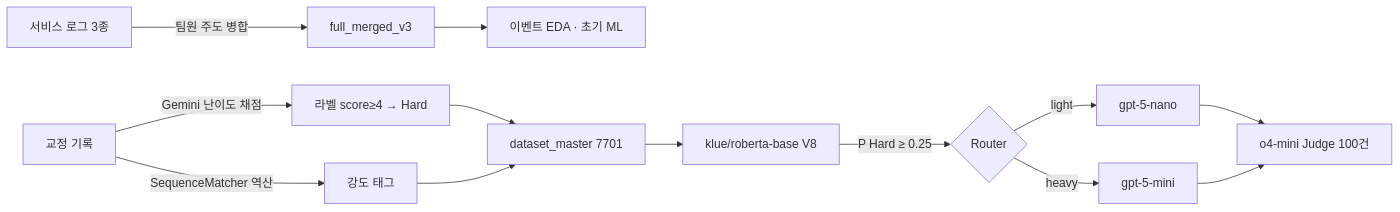
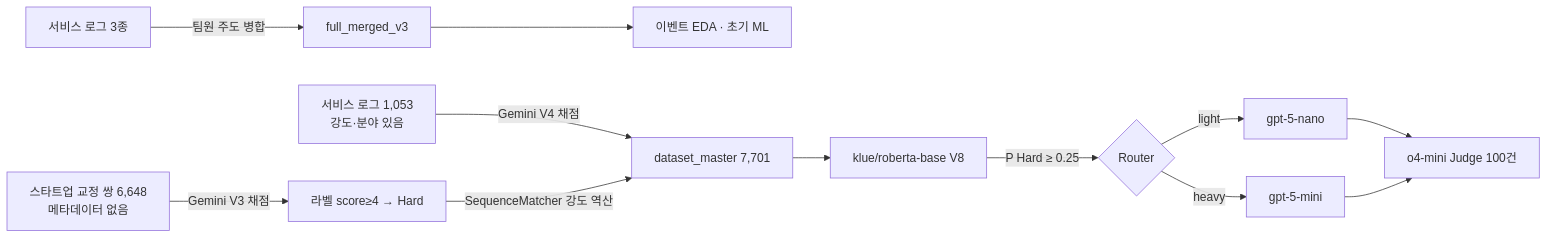
Before and after one commit to tryfasting/yds-dmdp-smart-router: the diagram in README.md, drawn with Mermaid. The commit also changed other lines of this file and 26 other files, not shown here.

````diff
--- a/README.md
+++ b/README.md
@@ -21,15 +104,14 @@
 ```mermaid
 graph LR
     L[서비스 로그 3종] -->|팀원 주도 병합| V3[full_merged_v3]
     V3 --> EDA[이벤트 EDA · 초기 ML]
-    C[교정 기록] -->|Gemini 난이도 채점| LB[라벨 score≥4 → Hard]
-    C -->|SequenceMatcher 역산| IT[강도 태그]
-    LB --> DS[dataset_master 7701]
-    IT --> DS
+    S[서비스 로그 1,053<br/>강도·분야 있음] -->|Gemini V4 채점| DS[dataset_master 7,701]
+    P[스타트업 교정 쌍 6,648<br/>메타데이터 없음] -->|Gemini V3 채점| LB[라벨 score≥4 → Hard]
+    LB -->|SequenceMatcher 강도 역산| DS
     DS --> M[klue/roberta-base V8]
     M -->|P Hard ≥ 0.25| R{Router}
     R -->|light| N[gpt-5-nano]
     R -->|heavy| MI[gpt-5-mini]
     N --> J[o4-mini Judge 100건]
     MI --> J
 ```
````
